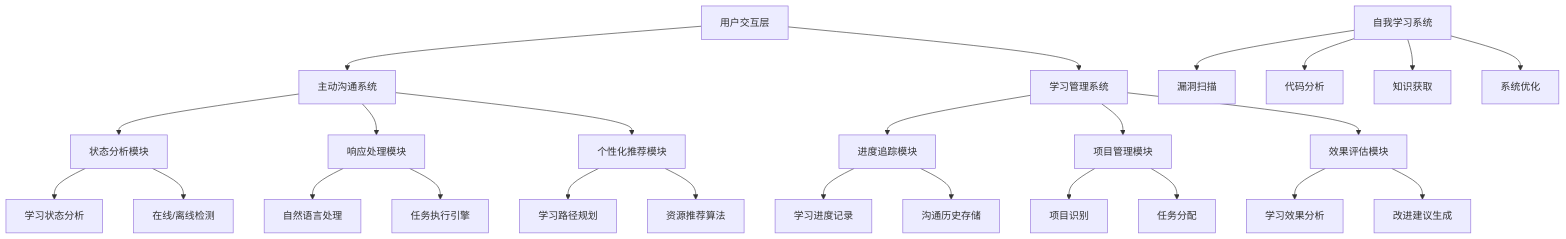
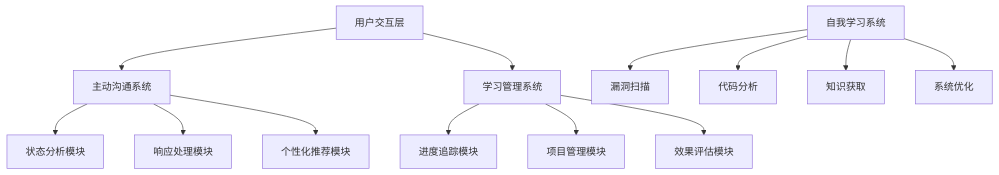
One commit to guduqingbai/github-learning-ai changed the diagram in README.md. Above: the diagram before and after it, drawn with Mermaid. The commit also changed other lines of this file, not shown here.

````diff
--- a/README.md
+++ b/README.md
@@ -34,36 +34,18 @@
 ```mermaid
 graph TD
     A[用户交互层] --> B[主动沟通系统]
     A --> C[学习管理系统]
     
     B --> D[状态分析模块]
     B --> E[响应处理模块]
     B --> F[个性化推荐模块]
     
     C --> G[进度追踪模块]
     C --> H[项目管理模块]
     C --> I[效果评估模块]
     
-    D --> J[学习状态分析]
-    D --> K[在线/离线检测]
-    
-    E --> L[自然语言处理]
-    E --> M[任务执行引擎]
-    
-    F --> N[学习路径规划]
-    F --> O[资源推荐算法]
-    
-    G --> P[学习进度记录]
-    G --> Q[沟通历史存储]
-    
-    H --> R[项目识别]
-    H --> S[任务分配]
-    
-    I --> T[学习效果分析]
-    I --> U[改进建议生成]
-    
-    V[自我学习系统] --> W[漏洞扫描]
-    V --> X[代码分析]
-    V --> Y[知识获取]
-    V --> Z[系统优化]
+    J[自我学习系统] --> K[漏洞扫描]
+    J --> L[代码分析]
+    J --> M[知识获取]
+    J --> N[系统优化]
 ```
````
